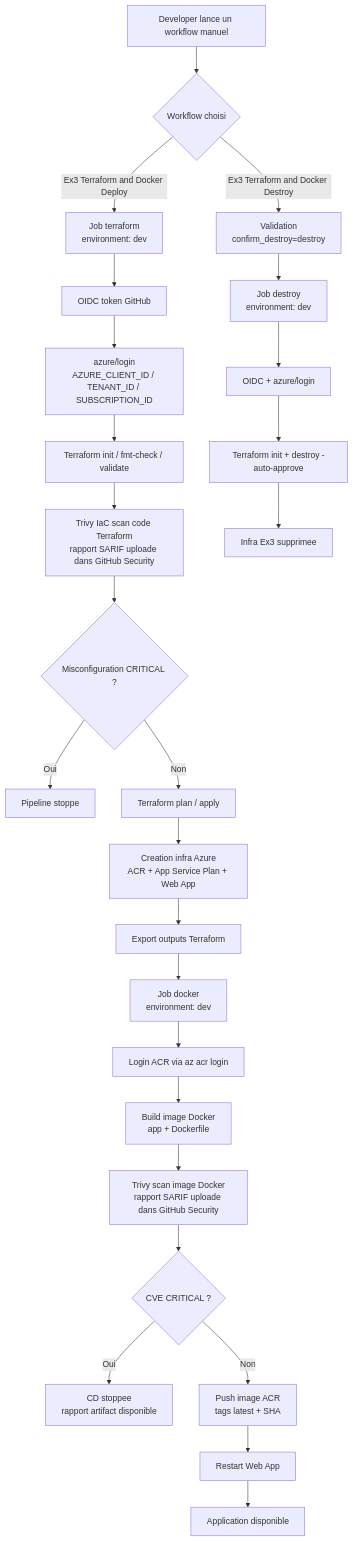
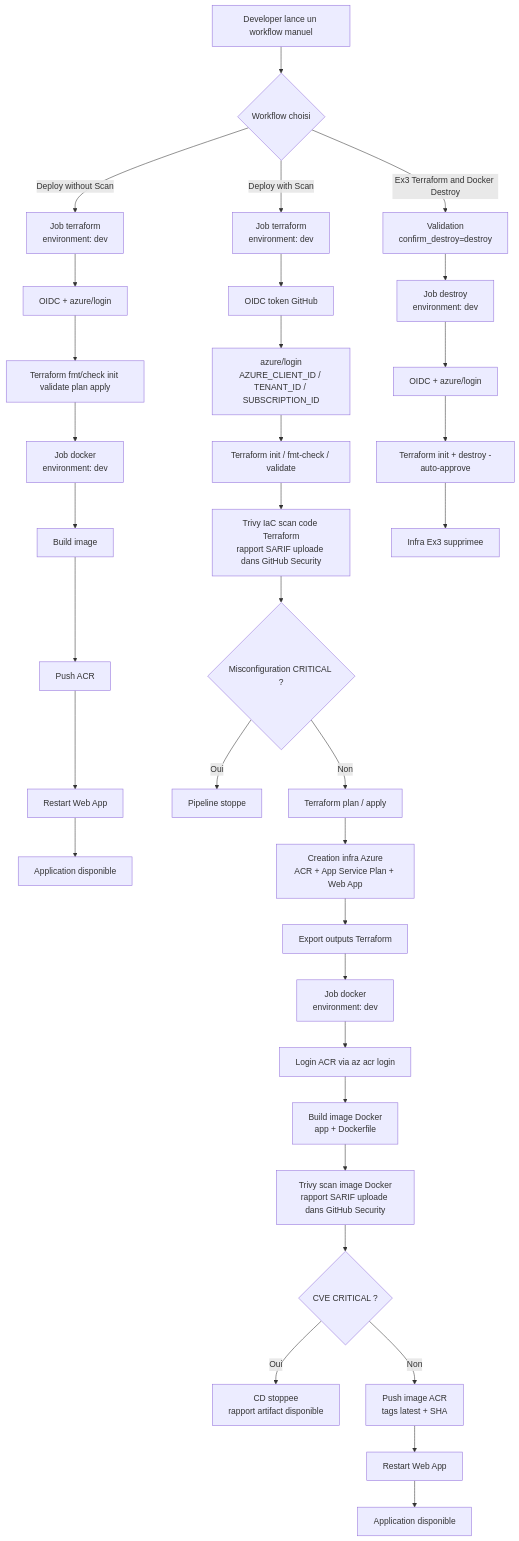
Before and after one commit to texofr/YnovCloudSecurityModule2026: the diagram in Exercices/Terraform/Ex3/README.md, drawn with Mermaid. The commit also changed other lines of this file, not shown here.

````diff
--- a/Exercices/Terraform/Ex3/README.md
+++ b/Exercices/Terraform/Ex3/README.md
@@ -105,30 +126,39 @@
 ```mermaid
 flowchart TD
     A[Developer lance un workflow manuel] --> B{Workflow choisi}
 
-    B -->|Ex3 Terraform and Docker Deploy| C[Job terraform\nenvironment: dev]
+  B -->|Deploy without Scan| C0[Job terraform\nenvironment: dev]
+  C0 --> D0[OIDC + azure/login]
+  D0 --> E0[Terraform fmt/check init validate plan apply]
+  E0 --> F0[Job docker\nenvironment: dev]
+  F0 --> G0[Build image]
+  G0 --> H0[Push ACR]
+  H0 --> I0[Restart Web App]
+  I0 --> J0[Application disponible]
+
+  B -->|Deploy with Scan| C[Job terraform\nenvironment: dev]
     C --> D[OIDC token GitHub]
     D --> E[azure/login\nAZURE_CLIENT_ID / TENANT_ID / SUBSCRIPTION_ID]
     E --> F[Terraform init / fmt-check / validate]
     F --> G[Trivy IaC scan code Terraform\nrapport SARIF uploade dans GitHub Security]
     G --> H{Misconfiguration CRITICAL ?}
     H -->|Oui| X1[Pipeline stoppe]
     H -->|Non| I[Terraform plan / apply]
     I --> J[Creation infra Azure\nACR + App Service Plan + Web App]
     J --> K[Export outputs Terraform]
     K --> L[Job docker\nenvironment: dev]
     L --> M[Login ACR via az acr login]
     M --> N[Build image Docker\napp + Dockerfile]
     N --> O[Trivy scan image Docker\nrapport SARIF uploade dans GitHub Security]
     O --> P{CVE CRITICAL ?}
     P -->|Oui| X2[CD stoppee\nrapport artifact disponible]
     P -->|Non| Q[Push image ACR\ntags latest + SHA]
     Q --> R[Restart Web App]
     R --> S[Application disponible]
 
     B -->|Ex3 Terraform and Docker Destroy| D1[Validation\nconfirm_destroy=destroy]
     D1 --> D2[Job destroy\nenvironment: dev]
     D2 --> D3[OIDC + azure/login]
     D3 --> D4[Terraform init + destroy -auto-approve]
     D4 --> D5[Infra Ex3 supprimee]
 ```
````
